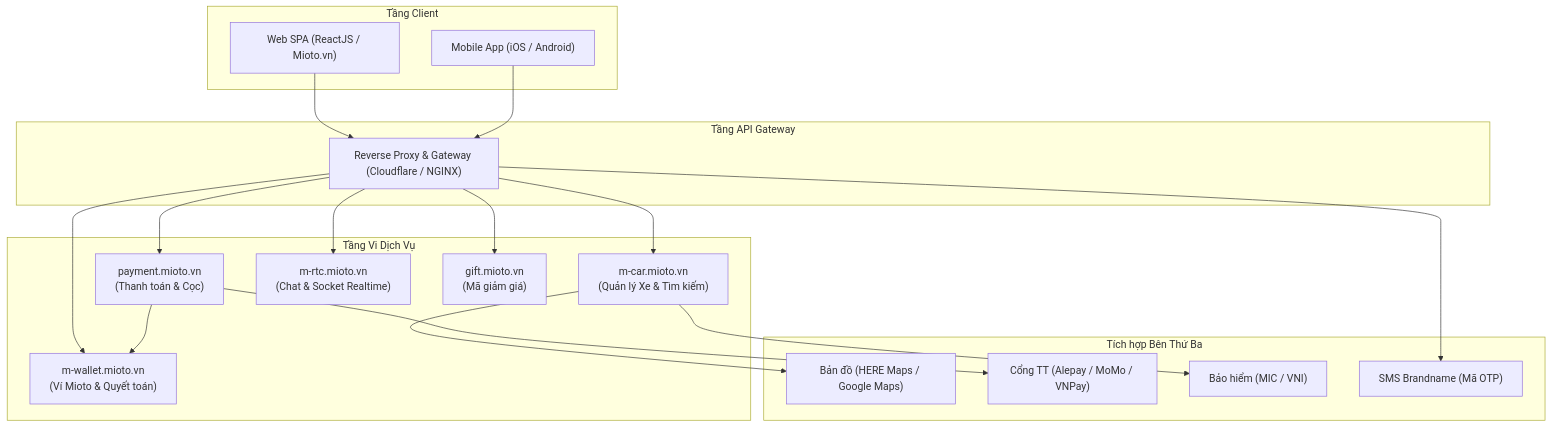
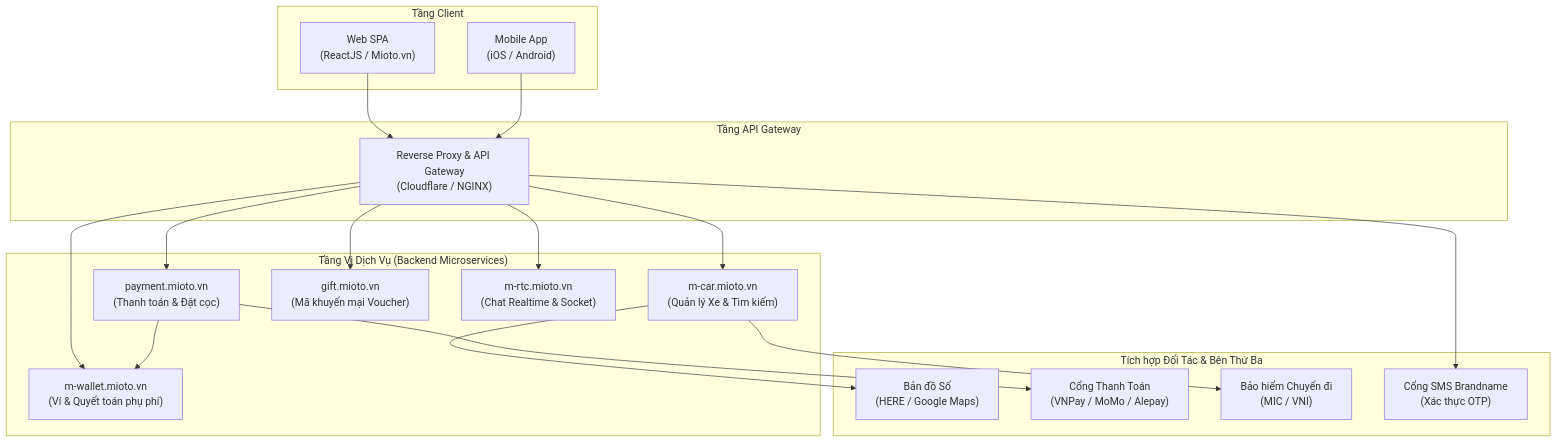
The first of 4 diagrams in README.md (PhamQuang138/DGKTPM), drawn with Mermaid before and after one commit. The commit also changed other lines of this file and 2 other files, not shown here.

Commit message:
fix: format README tables, replace broken math dollar signs, and fix text wrapping in mermaid diagrams

````diff
--- a/README.md
+++ b/README.md
@@ -84,32 +84,39 @@
 ```mermaid
-graph TD
+flowchart TD
     subgraph Clients["Tầng Client"]
-        Web["Web SPA (ReactJS / Mioto.vn)"]
-        Mobile["Mobile App (iOS / Android)"]
+        Web["Web SPA<br/>(ReactJS / Mioto.vn)"]
+        Mobile["Mobile App<br/>(iOS / Android)"]
     end
 
     subgraph Gateway["Tầng API Gateway"]
-        APIGW["Reverse Proxy & Gateway (Cloudflare / NGINX)"]
+        APIGW["Reverse Proxy & API Gateway<br/>(Cloudflare / NGINX)"]
     end
 
-    subgraph Services["Tầng Vi Dịch Vụ"]
+    subgraph Services["Tầng Vi Dịch Vụ (Backend Microservices)"]
         S_Car["m-car.mioto.vn<br/>(Quản lý Xe & Tìm kiếm)"]
-        S_Wallet["m-wallet.mioto.vn<br/>(Ví Mioto & Quyết toán)"]
-        S_Payment["payment.mioto.vn<br/>(Thanh toán & Cọc)"]
-        S_RTC["m-rtc.mioto.vn<br/>(Chat & Socket Realtime)"]
-        S_Gift["gift.mioto.vn<br/>(Mã giảm giá)"]
+        S_Payment["payment.mioto.vn<br/>(Thanh toán & Đặt cọc)"]
+        S_Wallet["m-wallet.mioto.vn<br/>(Ví & Quyết toán phụ phí)"]
+        S_Gift["gift.mioto.vn<br/>(Mã khuyến mại Voucher)"]
+        S_RTC["m-rtc.mioto.vn<br/>(Chat Realtime & Socket)"]
     end
 
-    subgraph ThirdParty["Tích hợp Bên Thứ Ba"]
-        Maps["Bản đồ (HERE Maps / Google Maps)"]
-        PayGate["Cổng TT (Alepay / MoMo / VNPay)"]
-        Insurance["Bảo hiểm (MIC / VNI)"]
-        SMS["SMS Brandname (Mã OTP)"]
+    subgraph ThirdParty["Tích hợp Đối Tác & Bên Thứ Ba"]
+        Maps["Bản đồ Số<br/>(HERE / Google Maps)"]
+        PayGate["Cổng Thanh Toán<br/>(VNPay / MoMo / Alepay)"]
+        Insurance["Bảo hiểm Chuyến đi<br/>(MIC / VNI)"]
+        SMS["Cổng SMS Brandname<br/>(Xác thực OTP)"]
     end
 
-    Web & Mobile --> APIGW
-    APIGW --> S_Car & S_Wallet & S_Payment & S_RTC & S_Gift
-    S_Car --> Maps & Insurance
-    S_Payment --> PayGate & S_Wallet
+    Web --> APIGW
+    Mobile --> APIGW
+    APIGW --> S_Car
+    APIGW --> S_Payment
+    APIGW --> S_Wallet
+    APIGW --> S_Gift
+    APIGW --> S_RTC
     APIGW --> SMS
+    S_Car --> Maps
+    S_Car --> Insurance
+    S_Payment --> PayGate
+    S_Payment --> S_Wallet
 ```
````
